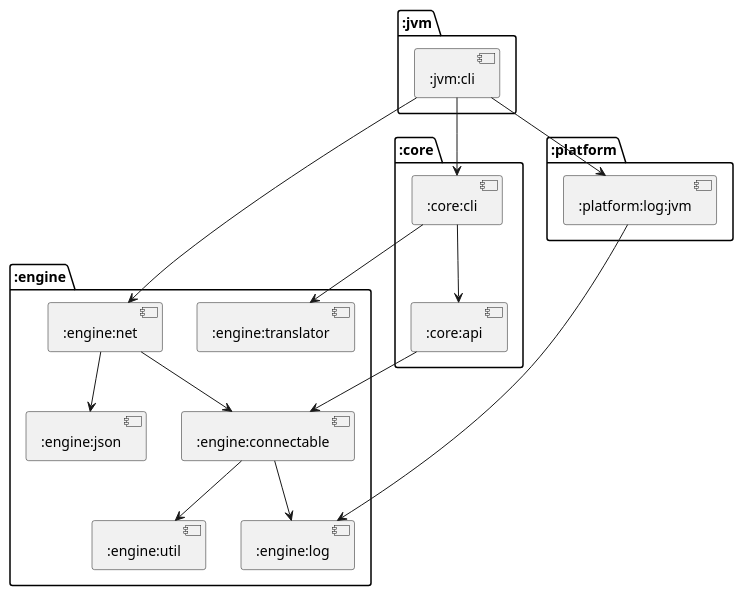
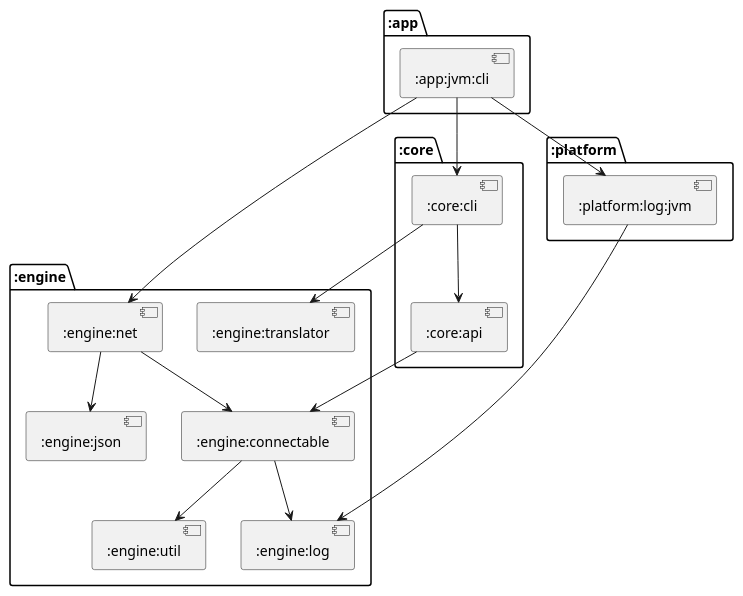
The diagram in docs/modules/puml/:jvm:cli.puml (cryptopunkscc/crypton), drawn with PlantUML before and after one commit. The commit also changed 223 other files, not shown here.

```diff
--- a/docs/modules/puml/:jvm:cli.puml
+++ b/docs/modules/puml/:jvm:cli.puml
@@ -1,31 +1,31 @@
 @startuml
 package ":engine" {
 [:engine:net]
 [:engine:connectable]
 [:engine:json]
 [:engine:util]
 [:engine:log]
 [:engine:translator]
 }
 package ":platform" {
 [:platform:log:jvm]
 }
 package ":core" {
 [:core:cli]
 [:core:api]
 }
-package ":jvm" {
-[:jvm:cli]
+package ":app" {
+[:app:jvm:cli]
 }
 [:engine:net] --> [:engine:connectable]
 [:engine:net] --> [:engine:json]
 [:platform:log:jvm] --> [:engine:log]
 [:core:cli] --> [:engine:translator]
 [:core:cli] --> [:core:api]
 [:engine:connectable] --> [:engine:util]
 [:engine:connectable] --> [:engine:log]
 [:core:api] --> [:engine:connectable]
-[:jvm:cli] --> [:engine:net]
-[:jvm:cli] --> [:platform:log:jvm]
-[:jvm:cli] --> [:core:cli]
+[:app:jvm:cli] --> [:engine:net]
+[:app:jvm:cli] --> [:platform:log:jvm]
+[:app:jvm:cli] --> [:core:cli]
 @enduml
```
